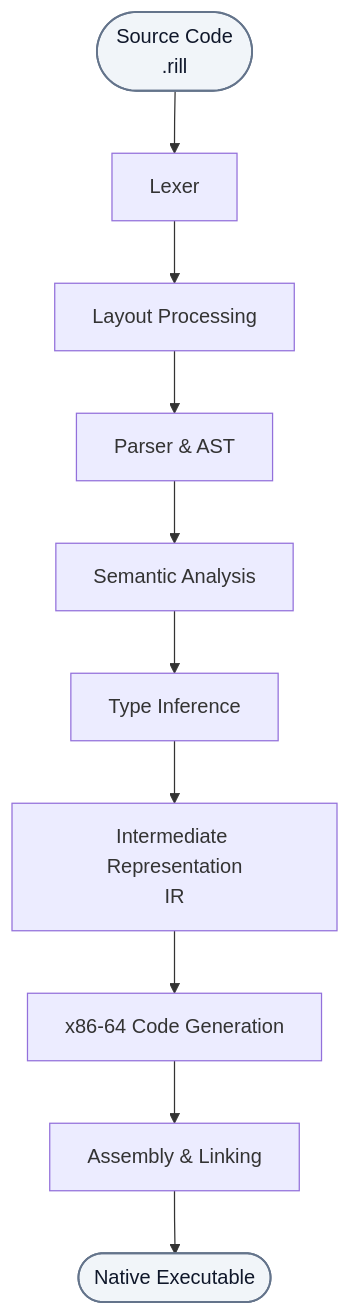
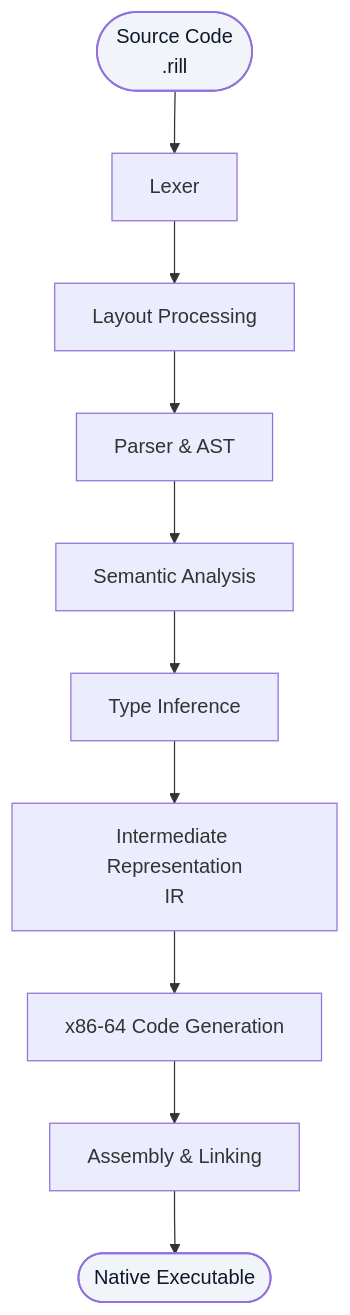
The diagram in README.md (Paaanaaamaaa/rill), drawn with Mermaid before and after one commit.

````diff
--- a/README.md
+++ b/README.md
@@ -73,15 +73,15 @@
 ```mermaid
 flowchart TD
     A(["Source Code<br/>.rill"]) --> B["Lexer"]
     B --> C["Layout Processing"]
     C --> D["Parser & AST"]
     D --> E["Semantic Analysis"]
     E --> F["Type Inference"]
     F --> G["Intermediate Representation<br/>IR"]
     G --> H["x86-64 Code Generation"]
     H --> I["Assembly & Linking"]
     I --> J(["Native Executable"])
 
-    classDef endpoint fill:#f1f5f9,stroke:#64748b,color:#0f172a,stroke-width:1.5px
+    classDef endpoint fill:#f1f5f9,stroke:,color:#0f172a,stroke-width:1.5px
     class A,J endpoint
 ```
````
